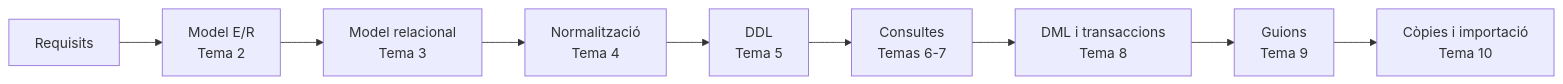
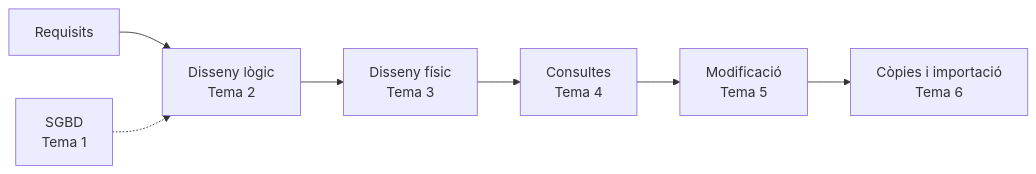
Before and after one commit to LorenaLResusta/GBD: the diagram in content.val/_index.md, drawn with Mermaid. The commit also changed other lines of this file and 134 other files, not shown here.

````diff
--- a/content.val/_index.md
+++ b/content.val/_index.md
@@ -24,11 +24,9 @@
 ```mermaid
 flowchart LR
-    A[Requisits] --> B[Model E/R<br/>Tema 2]
-    B --> C[Model relacional<br/>Tema 3]
-    C --> D[Normalització<br/>Tema 4]
-    D --> E[DDL<br/>Tema 5]
-    E --> F[Consultes<br/>Temas 6-7]
-    F --> G[DML i transaccions<br/>Tema 8]
-    G --> H[Guions<br/>Tema 9]
-    H --> J[Còpies i importació<br/>Tema 10]
+    A[Requisits] --> B[Disseny lògic<br/>Tema 2]
+    B --> C[Disseny físic<br/>Tema 3]
+    C --> D[Consultes<br/>Tema 4]
+    D --> E[Modificació<br/>Tema 5]
+    E --> F[Còpies i importació<br/>Tema 6]
+    S[SGBD<br/>Tema 1] -.-> B
 ```
````
